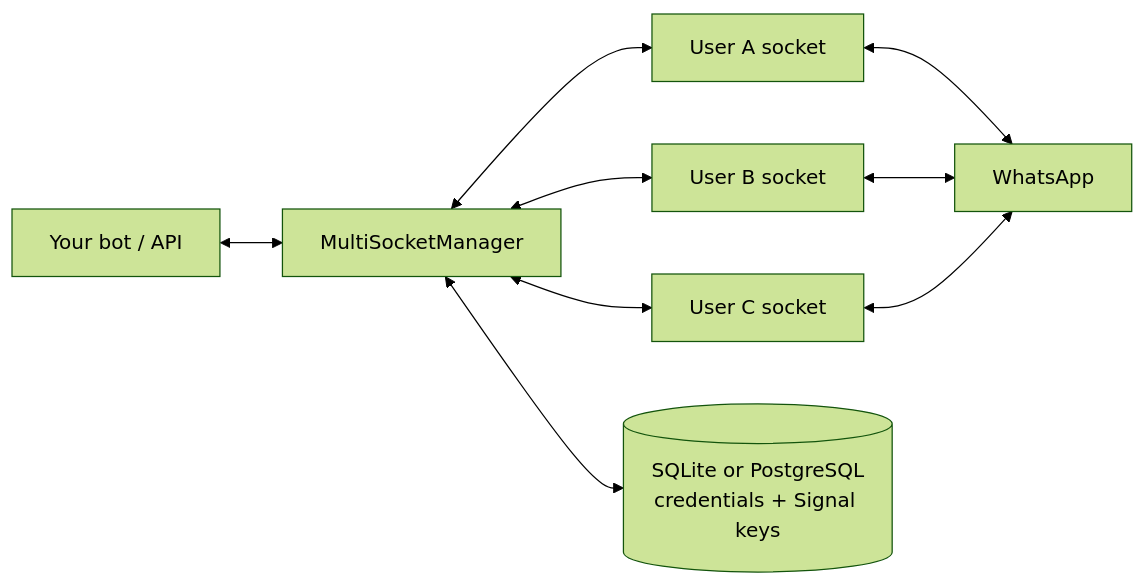
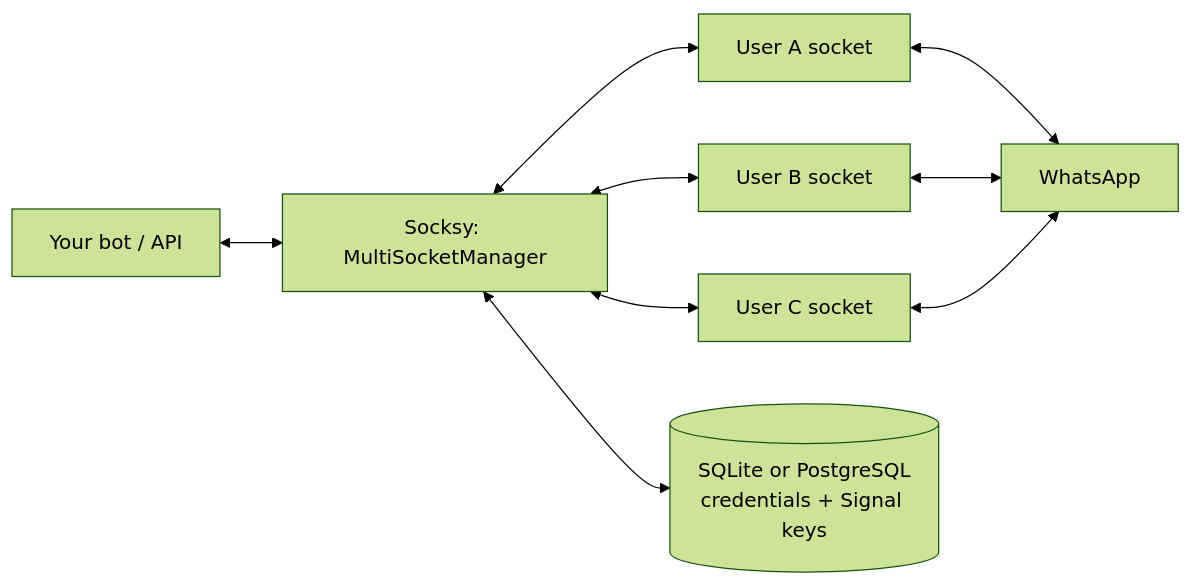
One commit to nightx-rebel/socksy changed the diagram in README.md. Above: the diagram before and after it, drawn with Mermaid (forest theme). The commit also changed other lines of this file and 1 other file, not shown here.

````diff
--- a/README.md
+++ b/README.md
@@ -69,11 +77,11 @@
 ```mermaid
 flowchart LR
-		Bot[Your bot / API] <--> Manager[MultiSocketManager]
-		Manager <--> A[User A socket]
-		Manager <--> B[User B socket]
-		Manager <--> C[User C socket]
-		Manager <--> DB[(SQLite or PostgreSQL<br/>credentials + Signal keys)]
-		A <--> WA[WhatsApp]
-		B <--> WA
-		C <--> WA
+    Bot[Your bot / API] <--> Manager[Socksy: MultiSocketManager]
+    Manager <--> A[User A socket]
+    Manager <--> B[User B socket]
+    Manager <--> C[User C socket]
+    Manager <--> DB[(SQLite or PostgreSQL<br/>credentials + Signal keys)]
+    A <--> WA[WhatsApp]
+    B <--> WA
+    C <--> WA
 ```
````
